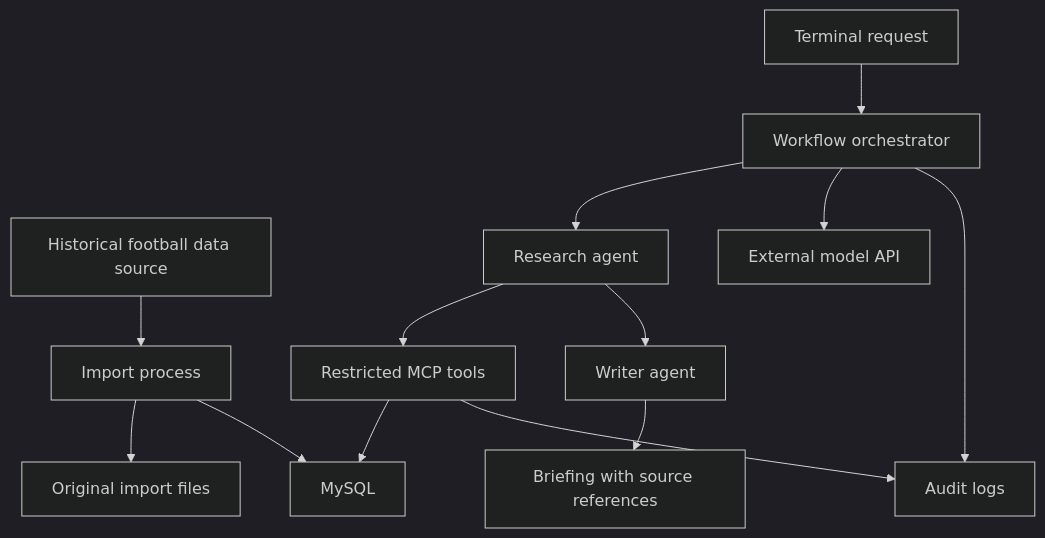
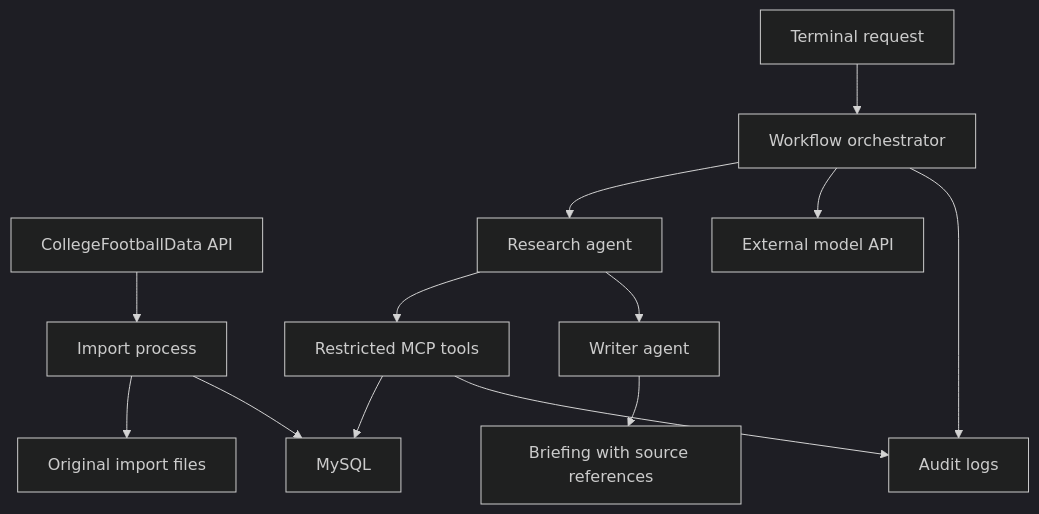
One commit to ryancesutton/stillwater-longhorns changed the diagram in README.md. Above: the diagram before and after it, drawn with Mermaid (dark theme). The commit also changed other lines of this file and 11 other files, not shown here.

````diff
--- a/README.md
+++ b/README.md
@@ -27,15 +29,15 @@
 ```mermaid
 flowchart TD
-    Source[Historical football data source] --> Import[Import process]
+    Source[CollegeFootballData API] --> Import[Import process]
     Import --> Raw[Original import files]
     Import --> DB[MySQL]
     User[Terminal request] --> Orchestrator[Workflow orchestrator]
     Orchestrator --> Research[Research agent]
     Orchestrator --> API[External model API]
     Research --> MCP[Restricted MCP tools]
     MCP --> DB
     Research --> Writer[Writer agent]
     Writer --> Briefing[Briefing with source references]
     Orchestrator --> Logs[Audit logs]
     MCP --> Logs
 ```
````
